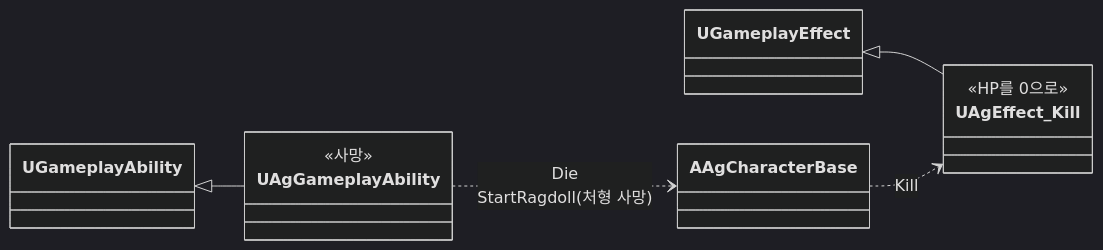
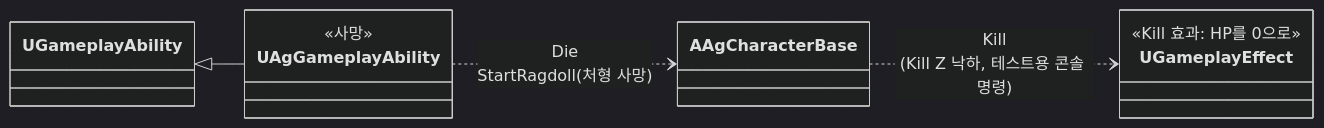
One commit to Woogl/Ag changed the first of 2 diagrams in Docs/Program/사망 처리.md. Above: the diagram before and after it, drawn with Mermaid (dark theme). The commit also changed other lines of this file and 93 other files, not shown here.

````diff
--- a/Docs/Program/사망 처리.md
+++ b/Docs/Program/사망 처리.md
@@ -22,15 +21,14 @@
 ```mermaid
 classDiagram
     direction LR
     class UAgGameplayAbility {
         <<사망>>
     }
-    class UAgEffect_Kill {
-        <<HP를 0으로>>
+    class UGameplayEffect {
+        <<Kill 효과: HP를 0으로>>
     }
     UGameplayAbility <|-- UAgGameplayAbility
-    UGameplayEffect <|-- UAgEffect_Kill
 
     UAgGameplayAbility ..> AAgCharacterBase : Die<br>StartRagdoll(처형 사망)
-    AAgCharacterBase ..> UAgEffect_Kill : Kill
+    AAgCharacterBase ..> UGameplayEffect : Kill<br>(Kill Z 낙하, 테스트용 콘솔 명령)
 ```
````
